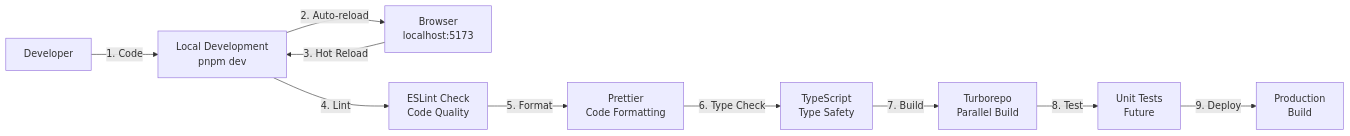
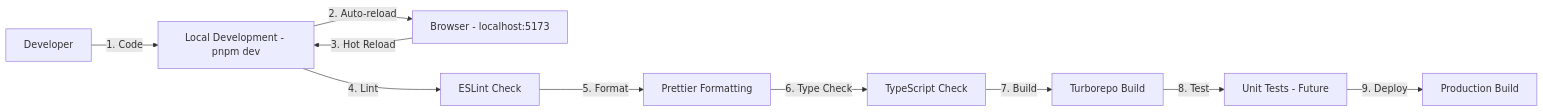
The eighth of 12 diagrams in ARCHITECTURE_OVERVIEW.md (devnguyen0111/cryoweb), drawn with Mermaid before and after one commit. The commit also changed other lines of this file, not shown here.

Commit message:
Refactor architecture overview: update component descriptions in diagrams for clarity and consistency, enhancing readability of the application structure and technology stack.

````diff
--- a/ARCHITECTURE_OVERVIEW.md
+++ b/ARCHITECTURE_OVERVIEW.md
@@ -456,15 +456,15 @@
 ```mermaid
 graph LR
-    Dev[Developer] -->|1. Code| Local[Local Development<br/>pnpm dev]
-    Local -->|2. Auto-reload| Browser[Browser<br/>localhost:5173]
+    Dev["Developer"] -->|1. Code| Local["Local Development - pnpm dev"]
+    Local -->|2. Auto-reload| Browser["Browser - localhost:5173"]
     Browser -->|3. Hot Reload| Local
 
-    Local -->|4. Lint| ESLint[ESLint Check<br/>Code Quality]
-    ESLint -->|5. Format| Prettier[Prettier<br/>Code Formatting]
+    Local -->|4. Lint| ESLint["ESLint Check"]
+    ESLint -->|5. Format| Prettier["Prettier Formatting"]
 
-    Prettier -->|6. Type Check| TSC[TypeScript<br/>Type Safety]
-    TSC -->|7. Build| Turbo[Turborepo<br/>Parallel Build]
+    Prettier -->|6. Type Check| TSC["TypeScript Check"]
+    TSC -->|7. Build| Turbo["Turborepo Build"]
 
-    Turbo -->|8. Test| Tests[Unit Tests<br/>Future]
-    Tests -->|9. Deploy| Production[Production<br/>Build]
+    Turbo -->|8. Test| Tests["Unit Tests - Future"]
+    Tests -->|9. Deploy| Production["Production Build"]
 ```
````
